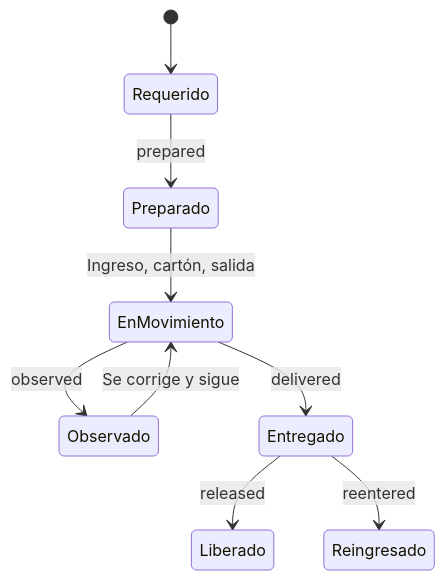
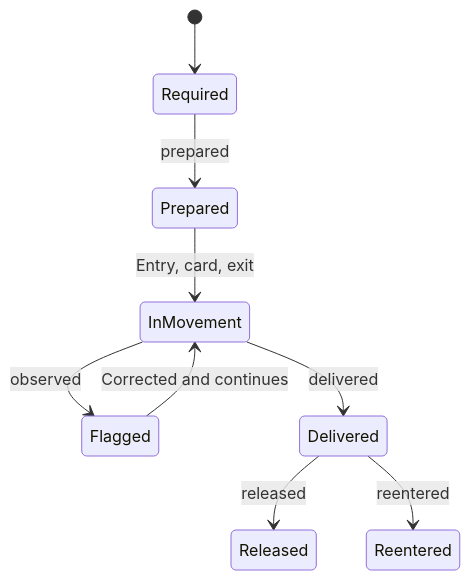
Before and after one commit to matiaspakua/notaire: the seventh of 16 diagrams in docs/200-architecture/203-design/CICLO-DE-VIDA.md, drawn with Mermaid. The commit also changed other lines of this file and 52 other files, not shown here.

````diff
--- a/docs/200-architecture/203-design/CICLO-DE-VIDA.md
+++ b/docs/200-architecture/203-design/CICLO-DE-VIDA.md
@@ -264,11 +267,11 @@
 ```mermaid
 stateDiagram-v2
-  [*] --> Requerido
-  Requerido --> Preparado: prepared
-  Preparado --> EnMovimiento: Ingreso, cartón, salida
-  EnMovimiento --> Observado: observed
-  Observado --> EnMovimiento: Se corrige y sigue
-  EnMovimiento --> Entregado: delivered
-  Entregado --> Liberado: released
-  Entregado --> Reingresado: reentered
+  [*] --> Required
+  Required --> Prepared: prepared
+  Prepared --> InMovement: Entry, card, exit
+  InMovement --> Flagged: observed
+  Flagged --> InMovement: Corrected and continues
+  InMovement --> Delivered: delivered
+  Delivered --> Released: released
+  Delivered --> Reentered: reentered
 ```
````
